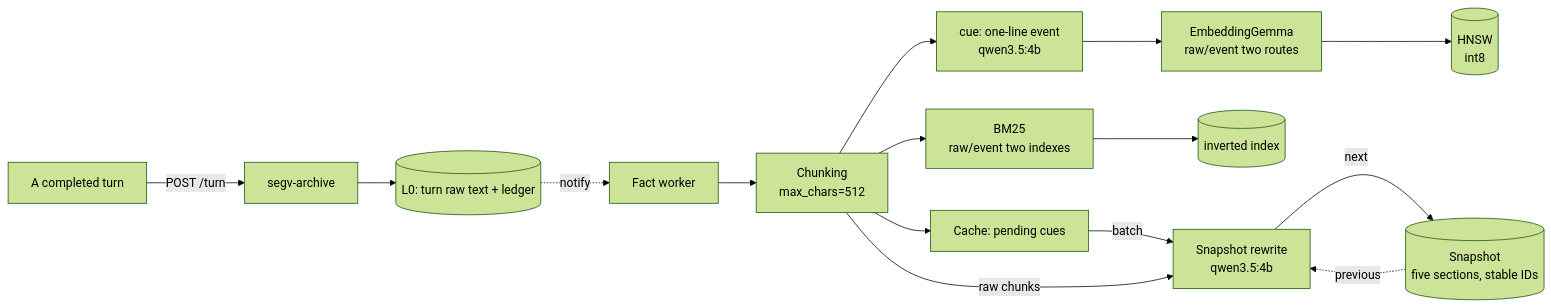
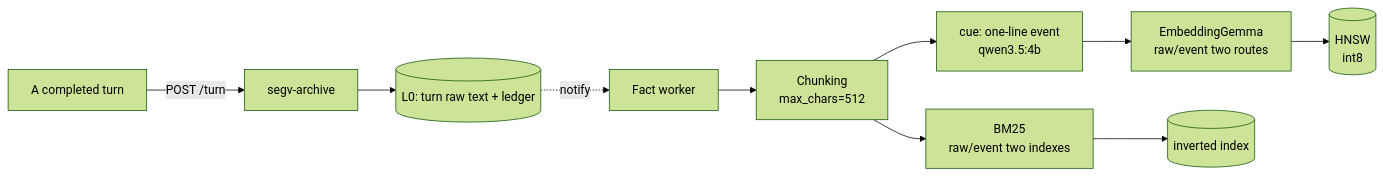
The second of 4 diagrams in workspace/services/segv/README.md (DarkSpaceY/NAN-itself), drawn with Mermaid (forest theme) before and after one commit. The commit also changed other lines of this file and 19 other files, not shown here.

````diff
--- a/workspace/services/segv/README.md
+++ b/workspace/services/segv/README.md
@@ -109,18 +121,12 @@
 ```mermaid
 flowchart LR
     T["A completed turn"] -->|"POST /turn"| A["segv-archive"]
     A --> L0[("L0: turn raw text + ledger")]
     L0 -.->|"notify"| W["Fact worker"]
     W --> CH["Chunking<br/>max_chars=512"]
     CH --> CU["cue: one-line event<br/>qwen3.5:4b"]
     CU --> EM["EmbeddingGemma<br/>raw/event two routes"]
     CH --> BM["BM25<br/>raw/event two indexes"]
     EM --> H[("HNSW<br/>int8")]
     BM --> I[("inverted index")]
-    CH --> C["Cache: pending cues"]
-    C -->|"batch"| CP["Snapshot rewrite<br/>qwen3.5:4b"]
-    S[("Snapshot<br/>five sections, stable IDs")]
-    CH -->|"raw chunks"| CP
-    S -.->|"previous"| CP
-    CP -->|"next"| S
 ```
````
